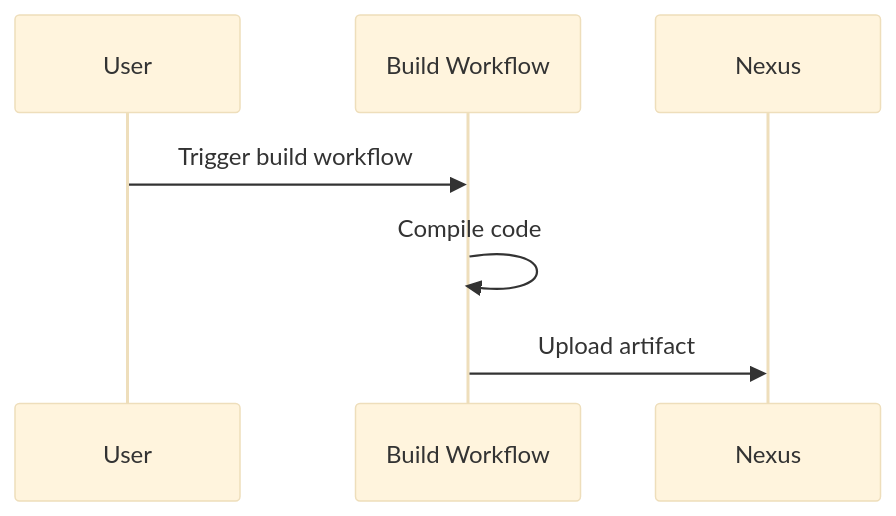
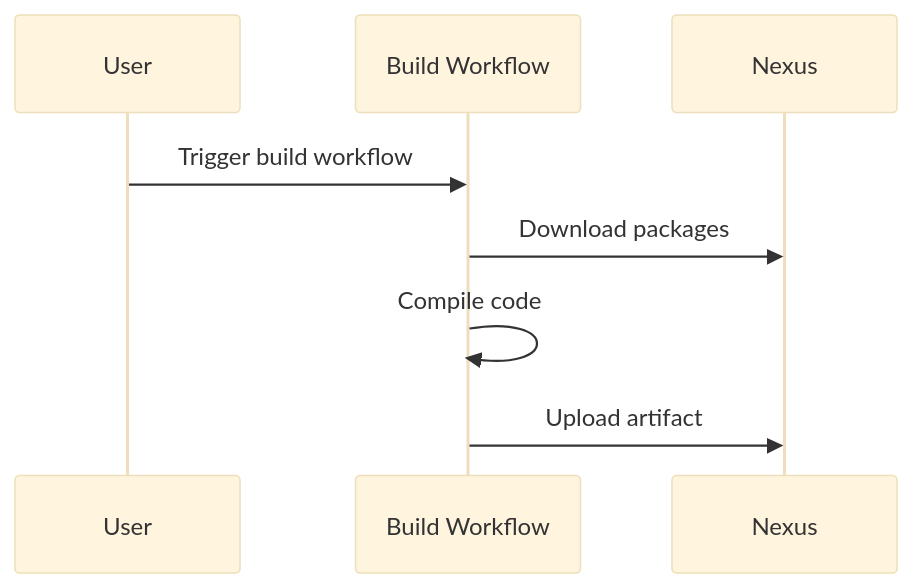
The first of 3 diagrams in README.md (devarab1/Diagrams), drawn with Mermaid (base theme) before and after one commit. The commit also changed other lines of this file, not shown here.

````diff
--- a/README.md
+++ b/README.md
@@ -3,10 +3,11 @@
 ```mermaid
 sequenceDiagram
     participant User
     participant Build Workflow
     participant Nexus
 
     User->>Build Workflow: Trigger build workflow
+    Build Workflow->>Nexus: Download packages
     Build Workflow->>Build Workflow: Compile code
     Build Workflow->>Nexus: Upload artifact
 ```
````
